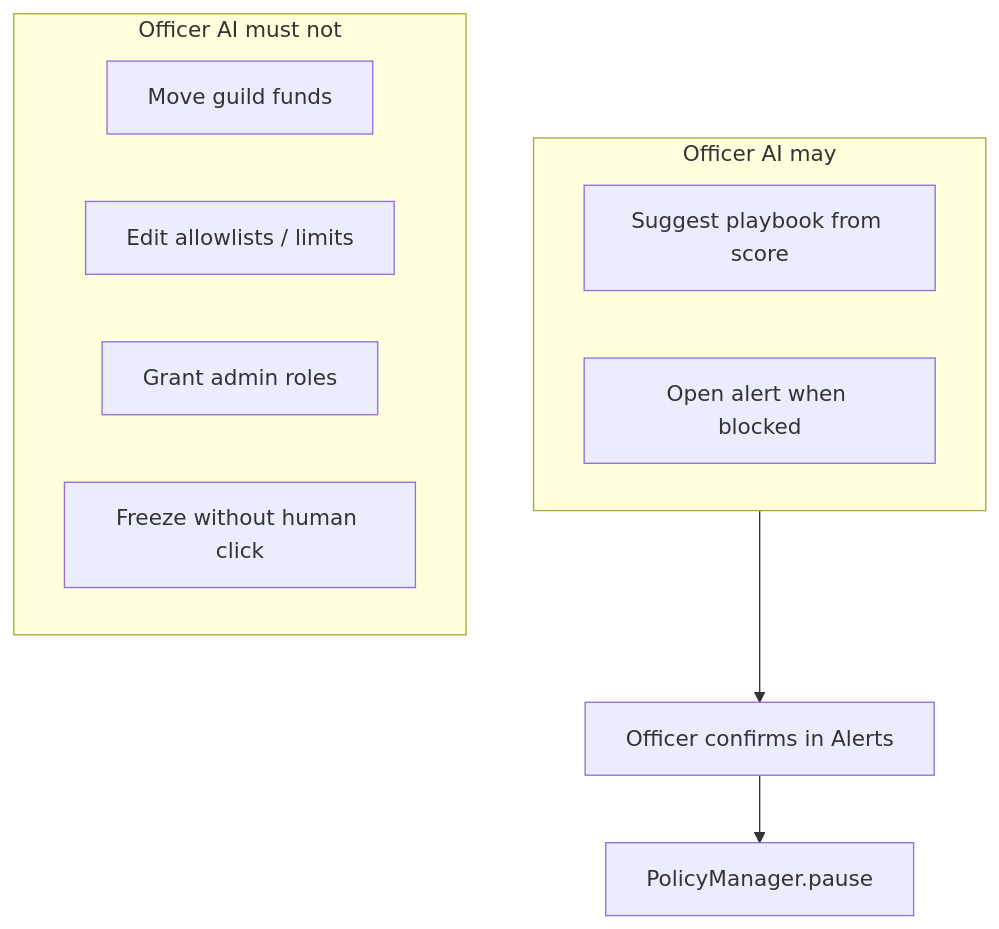
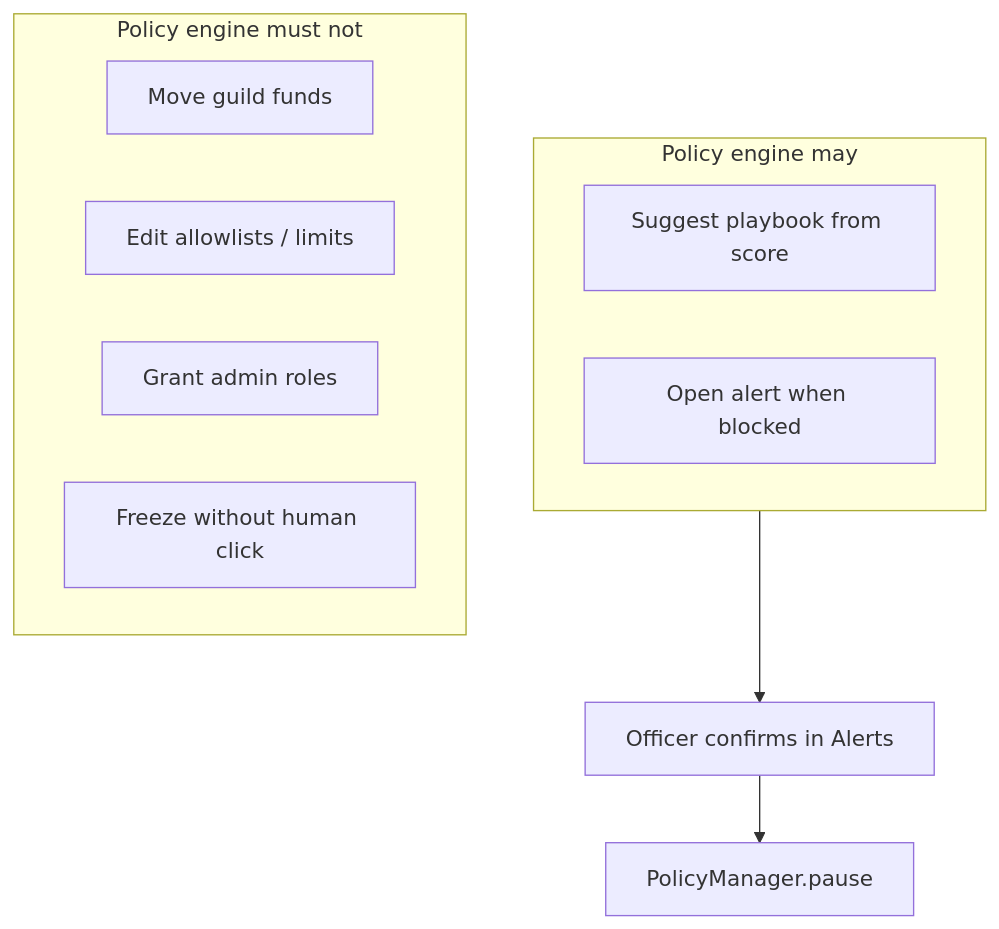
Before and after one commit to thesithunyein/arb-guardian: the seventh of 7 diagrams in docs/architecture.md, drawn with Mermaid. The commit also changed other lines of this file and 38 other files, not shown here.

````diff
--- a/docs/architecture.md
+++ b/docs/architecture.md
@@ -245,17 +245,17 @@
 ```mermaid
 flowchart TB
-  subgraph Allowed["Officer AI may"]
+  subgraph Allowed["Policy engine may"]
     A1[Suggest playbook from score]
     A2[Open alert when blocked]
   end
 
-  subgraph Denied["Officer AI must not"]
+  subgraph Denied["Policy engine must not"]
     D1[Move guild funds]
     D2[Edit allowlists / limits]
     D3[Grant admin roles]
     D4[Freeze without human click]
   end
 
   Allowed --> Human[Officer confirms in Alerts]
   Human --> Pause[PolicyManager.pause]
 ```
````
